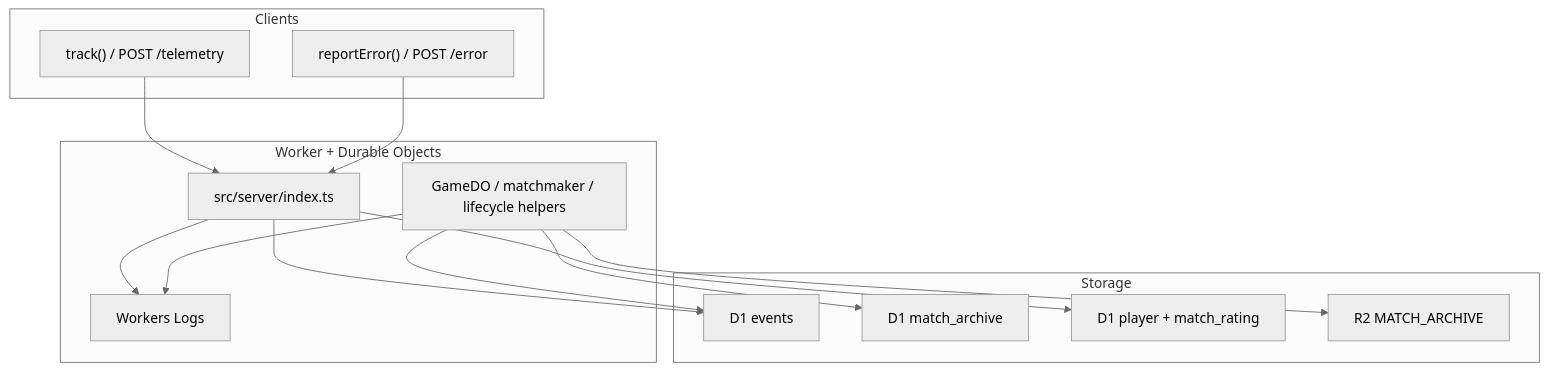
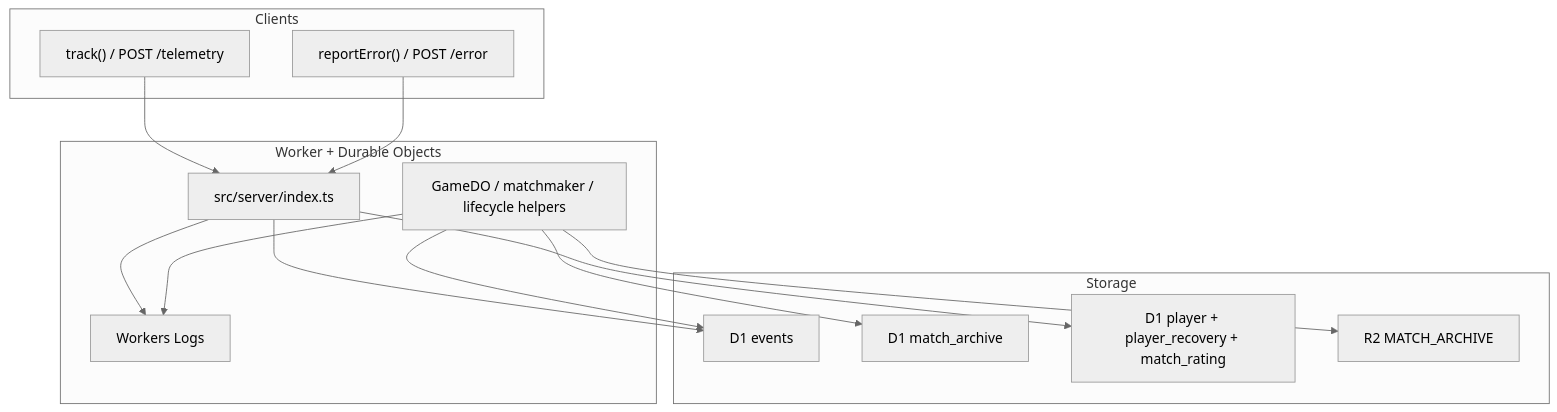
One commit to tre-systems/delta-v changed the first of 3 diagrams in docs/OBSERVABILITY.md. Above: the diagram before and after it, drawn with Mermaid (neutral theme). The commit also changed other lines of this file and 32 other files, not shown here.

````diff
--- a/docs/OBSERVABILITY.md
+++ b/docs/OBSERVABILITY.md
@@ -17,30 +17,30 @@
 ```mermaid
 flowchart TB
   subgraph Clients
     T["track() / POST /telemetry"]
     E["reportError() / POST /error"]
   end
 
   subgraph WorkerAndDO["Worker + Durable Objects"]
     W["src/server/index.ts"]
     DO["GameDO / matchmaker / lifecycle helpers"]
     LOG["Workers Logs"]
   end
 
   subgraph Storage
     D1["D1 events"]
     MA["D1 match_archive"]
-    P["D1 player + match_rating"]
+    P["D1 player + player_recovery + match_rating"]
     R2["R2 MATCH_ARCHIVE"]
   end
 
   T --> W
   E --> W
   W --> D1
   W --> LOG
   DO --> D1
   DO --> LOG
   DO --> MA
   DO --> R2
   W --> P
 ```
````
